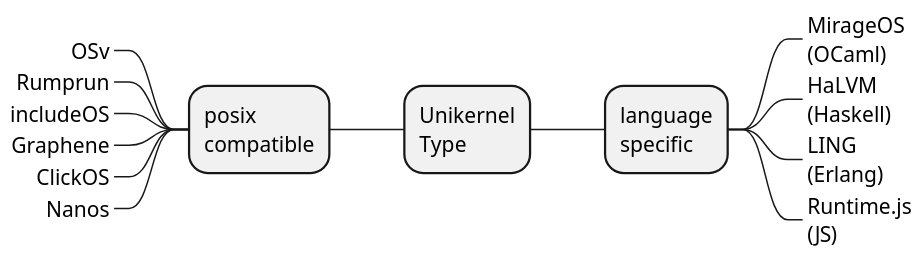
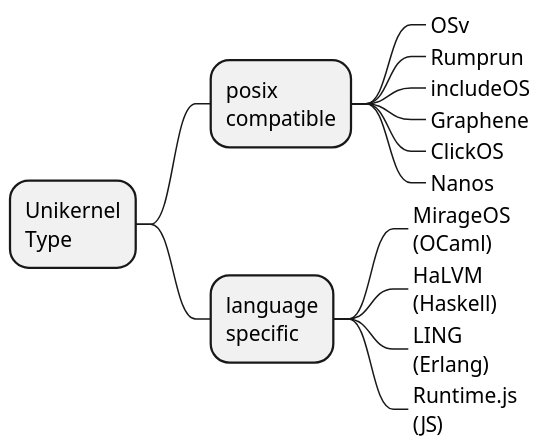
One commit to doyu/elc2019 changed the diagram in unikernel-mindmap.puml. Above: the diagram before and after it, drawn with PlantUML. The commit also changed other lines of this file and 2 other files, not shown here.

```diff
--- a/unikernel-mindmap.puml
+++ b/unikernel-mindmap.puml
@@ -1,17 +2,17 @@
 @startmindmap
 scale 1.5
-- Unikernel\nType
--- posix\ncompatible
----_ OSv
----_ Rumprun
----_ includeOS
----_ Graphene
----_ ClickOS
----_ Nanos
-++ language\nspecific
-+++_ MirageOS\n(OCaml)
-+++_ HaLVM\n(Haskell)
-+++_ LING\n(Erlang)
-+++_ Runtime.js\n(JS)
+* Unikernel\nType
+** posix\ncompatible
+***_ OSv
+***_ Rumprun
+***_ includeOS
+***_ Graphene
+***_ ClickOS
+***_ Nanos
+** language\nspecific
+***_ MirageOS\n(OCaml)
+***_ HaLVM\n(Haskell)
+***_ LING\n(Erlang)
+***_ Runtime.js\n(JS)
 
 @endmindmap
```
